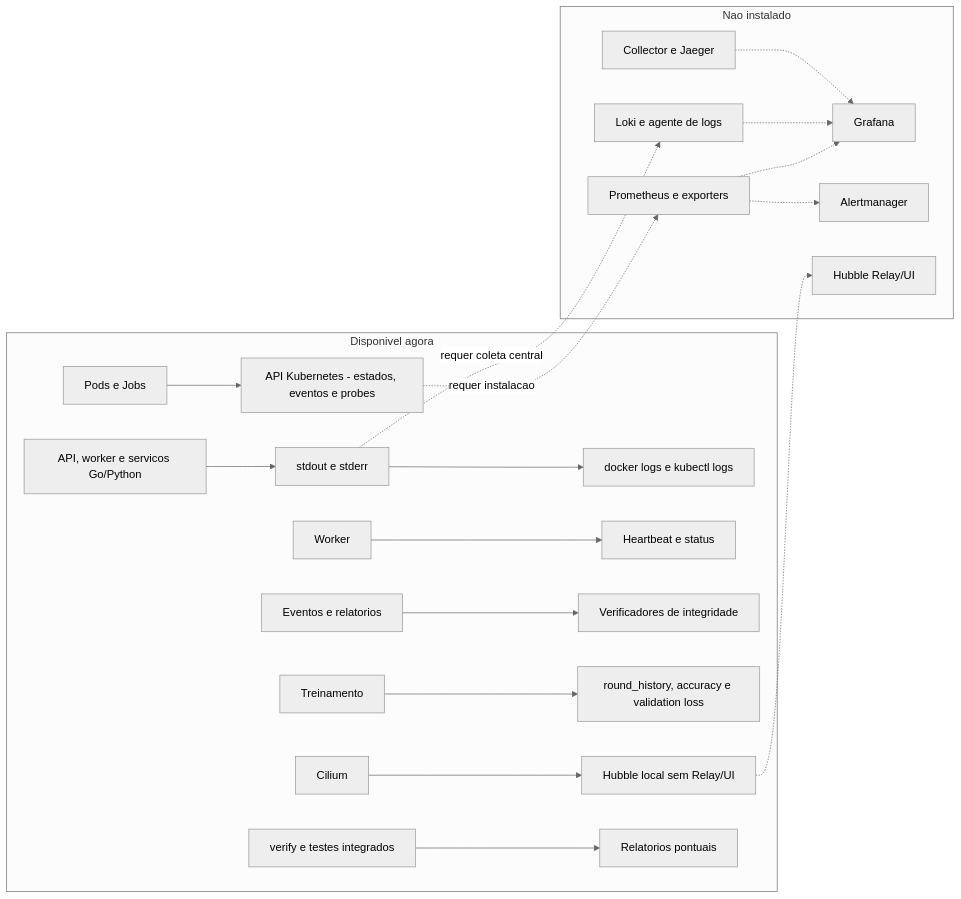
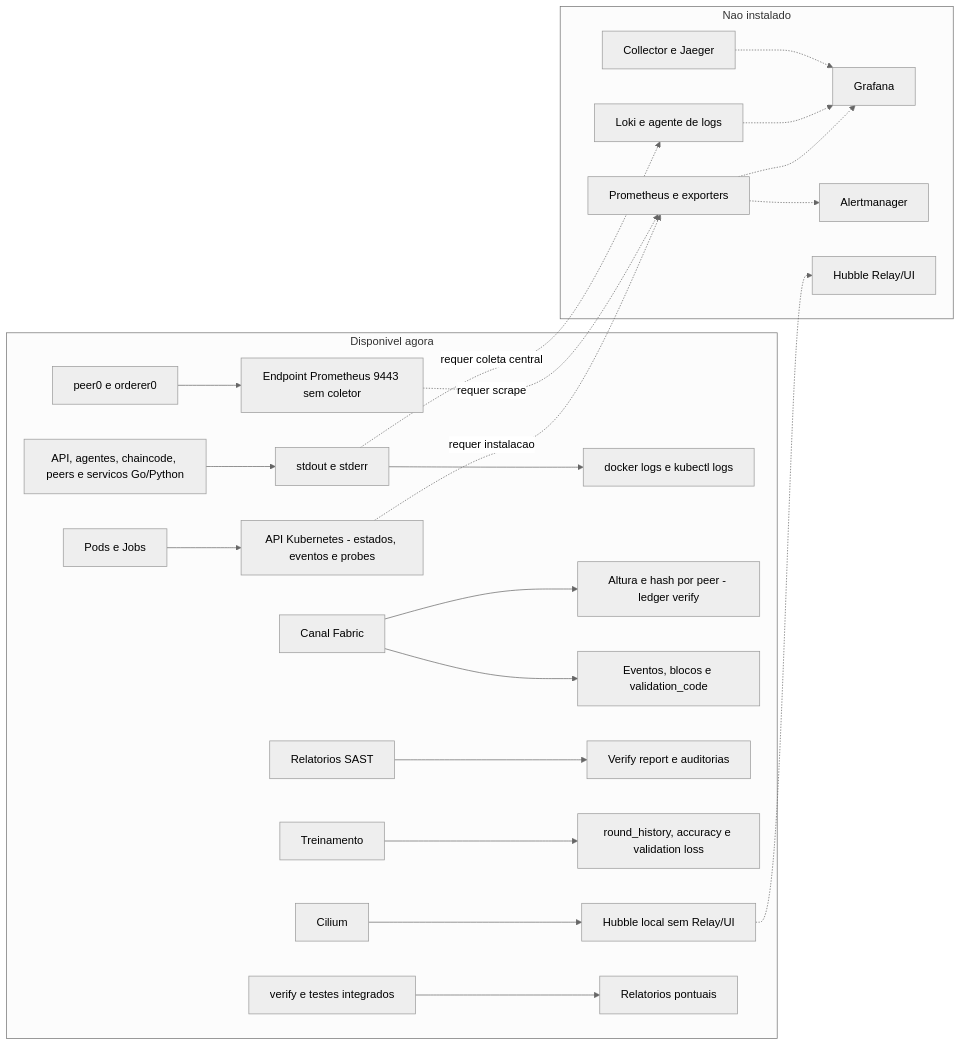
The fourth of 4 diagrams in docs/HORUS_GUIA_COMPLETO.md (meiryleneavelino/ProjectMeiry), drawn with Mermaid (neutral theme) before and after one commit. The commit also changed other lines of this file and 163 other files, not shown here.

````diff
--- a/docs/HORUS_GUIA_COMPLETO.md
+++ b/docs/HORUS_GUIA_COMPLETO.md
@@ -752,28 +836,31 @@
 ```mermaid
 flowchart LR
     subgraph Ativo[Disponivel agora]
-        Servicos[API, worker e servicos Go/Python] --> Logs[stdout e stderr]
+        Servicos[API, agentes, chaincode, peers e servicos Go/Python] --> Logs[stdout e stderr]
         Logs --> CLI[docker logs e kubectl logs]
-        Worker[Worker] --> Heartbeat[Heartbeat e status]
-        Ledger[Eventos e relatorios] --> Verify[Verificadores de integridade]
+        Ledger[Canal Fabric] --> Cabeca[Altura e hash por peer - ledger verify]
+        Ledger --> Eventos[Eventos, blocos e validation_code]
+        Relatorios[Relatorios SAST] --> Verify[Verify report e auditorias]
         Pods[Pods e Jobs] --> Estado[API Kubernetes - estados, eventos e probes]
         ML[Treinamento] --> Historico[round_history, accuracy e validation loss]
         Rede[Cilium] --> Hubble[Hubble local sem Relay/UI]
         Testes[verify e testes integrados] --> Evidencias[Relatorios pontuais]
+        Fabric[peer0 e orderer0] --> Metricas[Endpoint Prometheus 9443 sem coletor]
     end
     subgraph Ausente[Nao instalado]
         Prom[Prometheus e exporters]
         Graf[Grafana]
         Loki[Loki e agente de logs]
         Trace[Collector e Jaeger]
         Alertas[Alertmanager]
         Relay[Hubble Relay/UI]
     end
     Estado -.->|requer instalacao| Prom
+    Metricas -.->|requer scrape| Prom
     Logs -.->|requer coleta central| Loki
     Prom -.-> Graf
     Loki -.-> Graf
     Trace -.-> Graf
     Prom -.-> Alertas
     Hubble -.-> Relay
 ```
````
